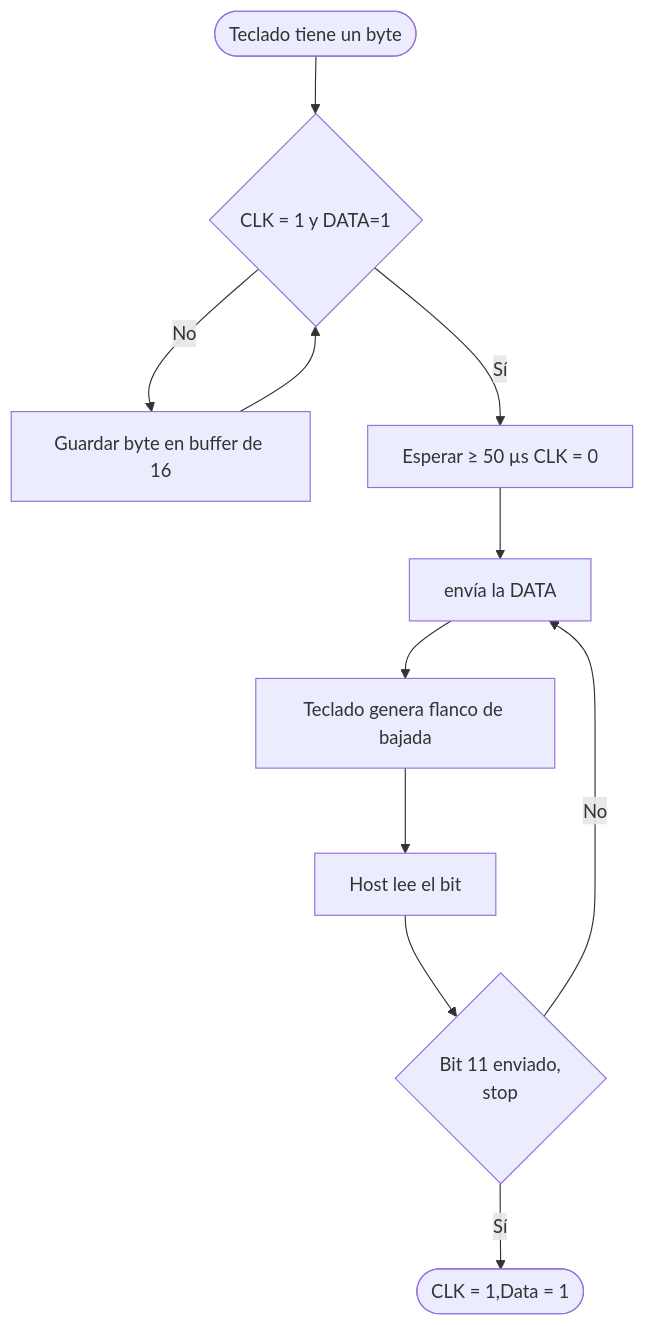
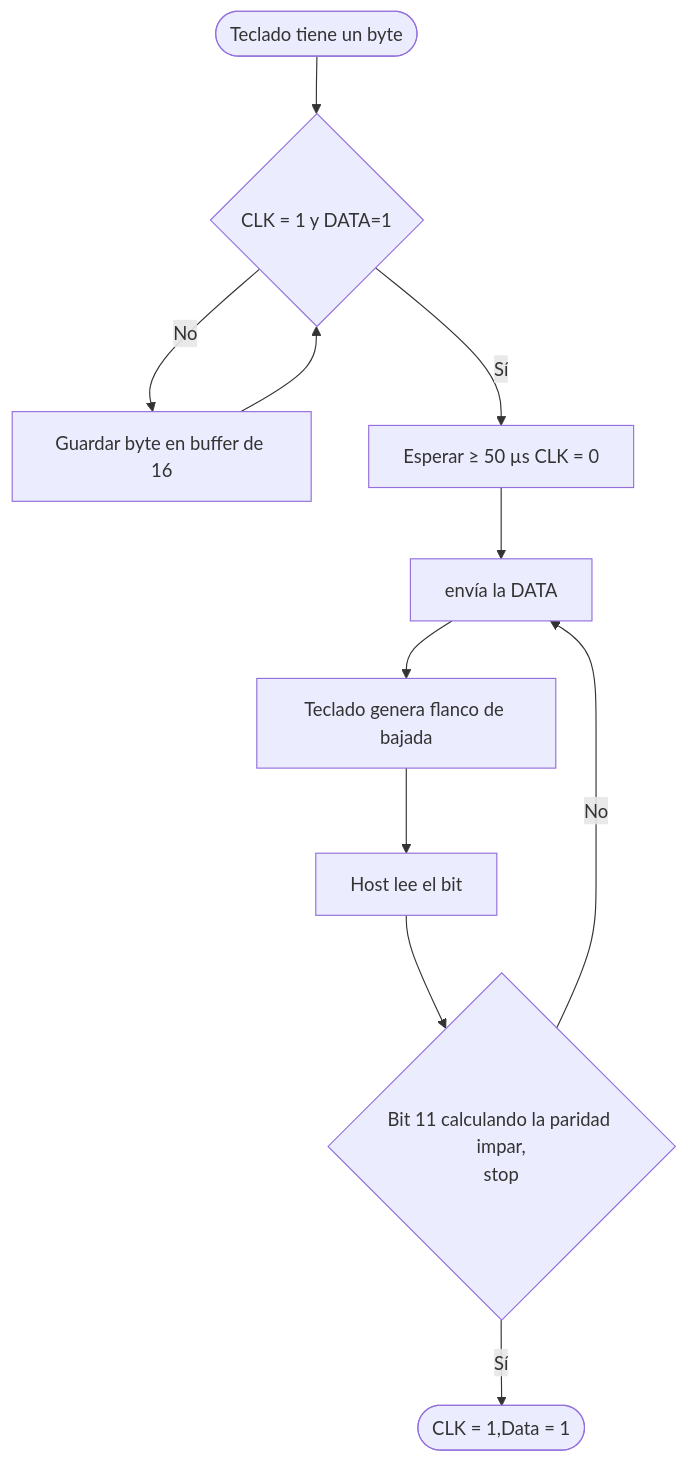
One commit to KUBIX2026/PS2_keyboard changed the first of 2 diagrams in diagramas/Diagramas.md. Above: the diagram before and after it, drawn with Mermaid.

````diff
--- a/diagramas/Diagramas.md
+++ b/diagramas/Diagramas.md
@@ -3,13 +3,13 @@
 ```mermaid
 flowchart
     A([Teclado tiene un byte]) --> B{CLK = 1 y DATA=1}
     B -- No --> C[Guardar byte en buffer de 16]
     C --> B
     B -- Sí --> D[Esperar ≥ 50 µs CLK = 0]
     D --> E[envía la DATA]
     E --> F[Teclado genera flanco de bajada]
     F --> G[Host lee el bit]
-    G --> H{Bit 11 enviado,<br/>stop}
+    G --> H{Bit 11 calculando la paridad impar,<br/>stop}
     H -- No --> E
     H -- Sí --> I([CLK = 1,Data = 1])
 ```
````
